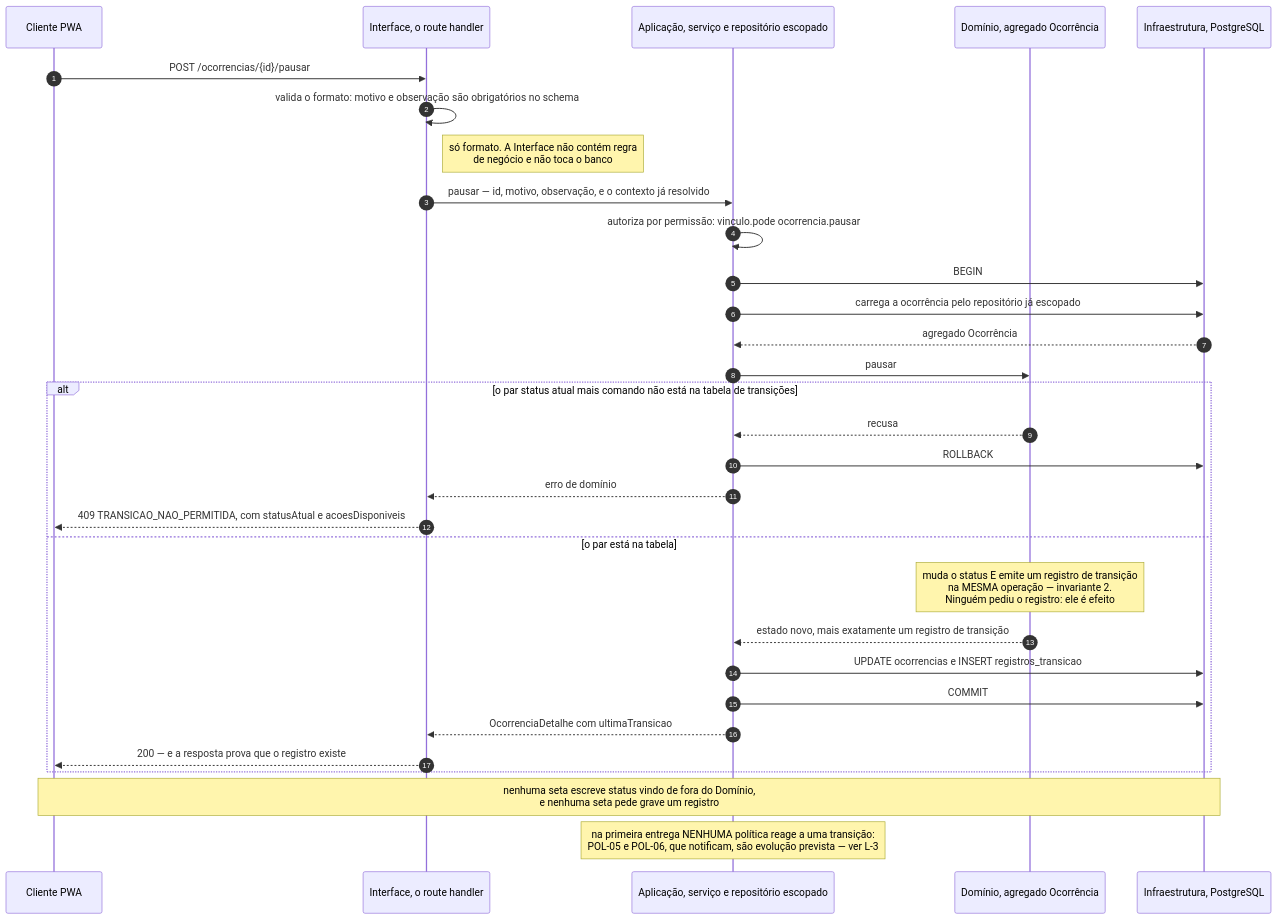
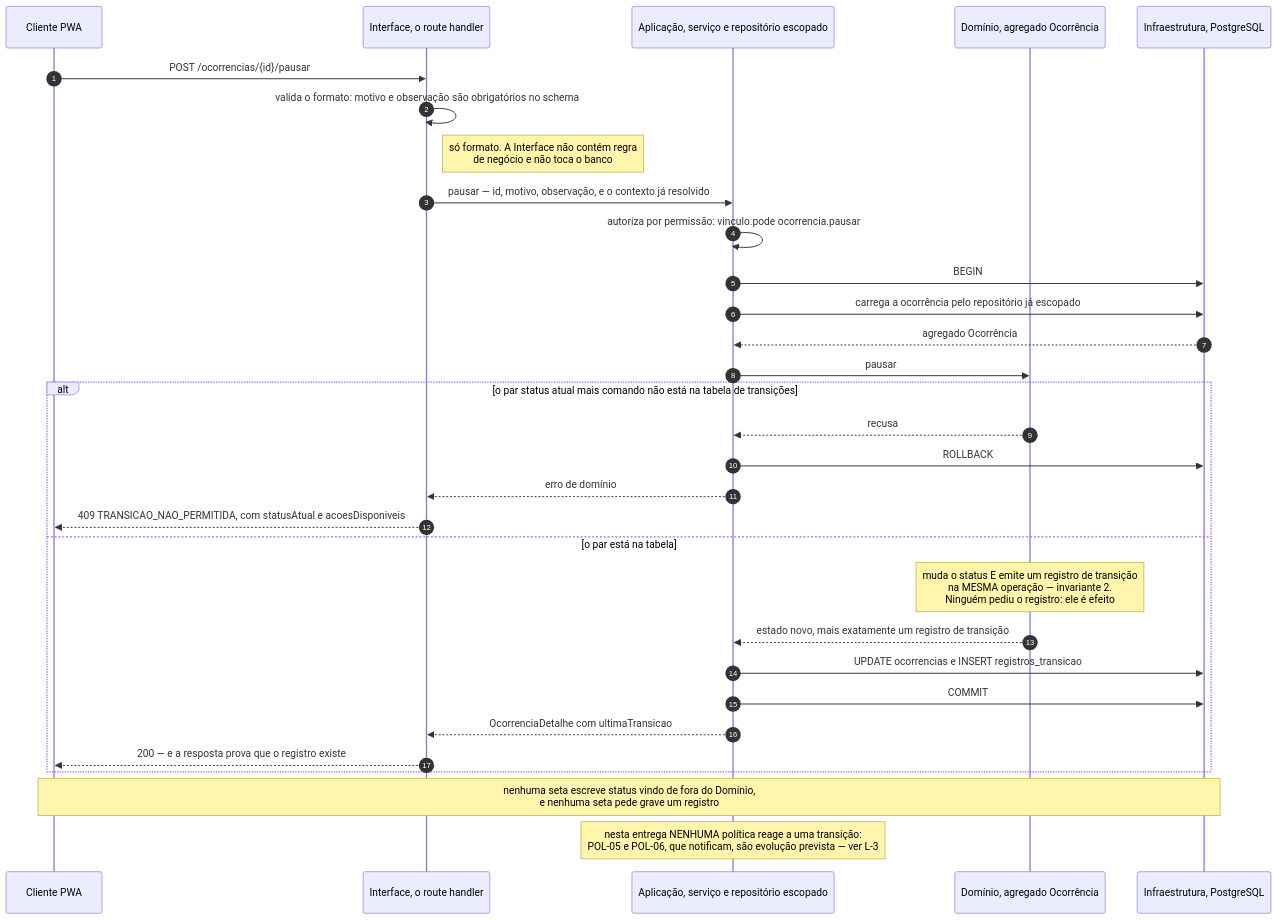
The first of 4 diagrams in docs/fluxos-e-diagramas.md (natanjunior/8FSDT-Hackathon), drawn with Mermaid before and after one commit. The commit also changed other lines of this file and 17 other files, not shown here.

First line of the commit message:
docs: nao existe "primeira entrega", existe a entrega — e a porta abre pelo que o produto faz

````diff
--- a/docs/fluxos-e-diagramas.md
+++ b/docs/fluxos-e-diagramas.md
@@ -131,36 +131,36 @@
 ```mermaid
 sequenceDiagram
     autonumber
     participant CLI as Cliente PWA
     participant INT as Interface, o route handler
     participant APP as Aplicação, serviço e repositório escopado
     participant DOM as Domínio, agregado Ocorrência
     participant BD as Infraestrutura, PostgreSQL
 
     CLI->>INT: POST /ocorrencias/{id}/pausar
     INT->>INT: valida o formato: motivo e observação são obrigatórios no schema
     Note right of INT: só formato. A Interface não contém regra<br/>de negócio e não toca o banco
     INT->>APP: pausar — id, motivo, observação, e o contexto já resolvido
     APP->>APP: autoriza por permissão: vinculo.pode ocorrencia.pausar
     APP->>BD: BEGIN
     APP->>BD: carrega a ocorrência pelo repositório já escopado
     BD-->>APP: agregado Ocorrência
     APP->>DOM: pausar
 
     alt o par status atual mais comando não está na tabela de transições
         DOM-->>APP: recusa
         APP->>BD: ROLLBACK
         APP-->>INT: erro de domínio
         INT-->>CLI: 409 TRANSICAO_NAO_PERMITIDA, com statusAtual e acoesDisponiveis
     else o par está na tabela
         Note over DOM: muda o status E emite um registro de transição<br/>na MESMA operação — invariante 2.<br/>Ninguém pediu o registro: ele é efeito
         DOM-->>APP: estado novo, mais exatamente um registro de transição
         APP->>BD: UPDATE ocorrencias e INSERT registros_transicao
         APP->>BD: COMMIT
         APP-->>INT: OcorrenciaDetalhe com ultimaTransicao
         INT-->>CLI: 200 — e a resposta prova que o registro existe
     end
 
     Note over CLI,BD: nenhuma seta escreve status vindo de fora do Domínio,<br/>e nenhuma seta pede grave um registro
-    Note over APP: na primeira entrega NENHUMA política reage a uma transição:<br/>POL-05 e POL-06, que notificam, são evolução prevista — ver L-3
+    Note over APP: nesta entrega NENHUMA política reage a uma transição:<br/>POL-05 e POL-06, que notificam, são evolução prevista — ver L-3
 ```
````
